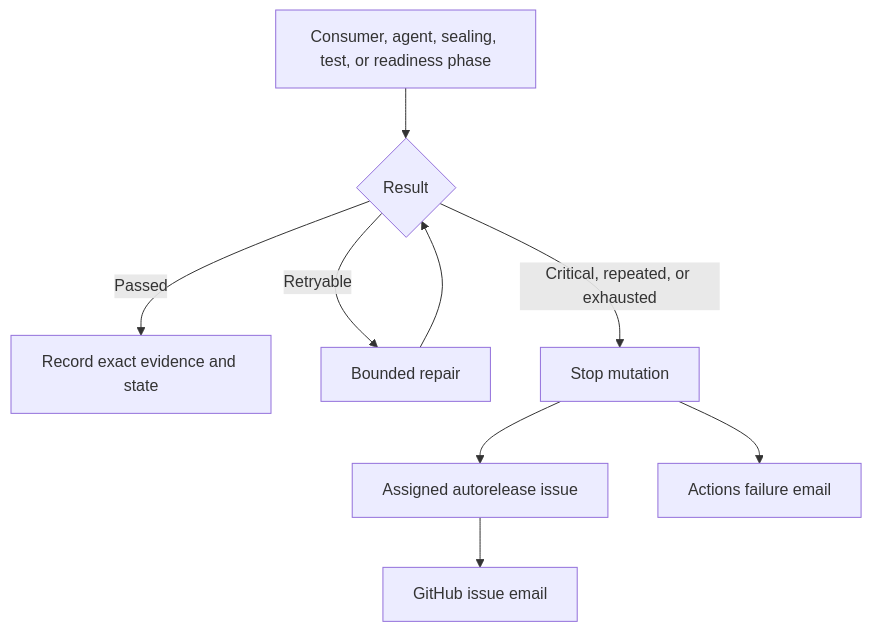
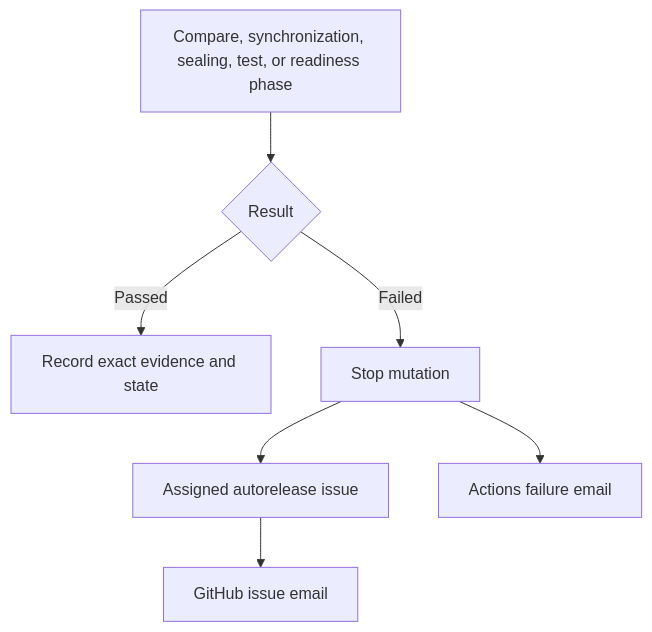
Before and after one commit to Bigpixelrocket/mise-php: the second of 2 diagrams in AUTORELEASE.md, drawn with Mermaid. The commit also changed other lines of this file and 25 other files, not shown here.

````diff
--- a/AUTORELEASE.md
+++ b/AUTORELEASE.md
@@ -58,11 +67,9 @@
 ```mermaid
 flowchart TD
-  phase["Consumer, agent, sealing, test, or readiness phase"] --> result{"Result"}
+  phase["Compare, synchronization, sealing, test, or readiness phase"] --> result{"Result"}
   result -- "Passed" --> state["Record exact evidence and state"]
-  result -- "Retryable" --> bounded["Bounded repair"]
-  result -- "Critical, repeated, or exhausted" --> stop["Stop mutation"]
-  bounded --> result
+  result -- "Failed" --> stop["Stop mutation"]
   stop --> issue["Assigned autorelease issue"]
   issue --> email["GitHub issue email"]
   stop --> actions["Actions failure email"]
 ```
````
